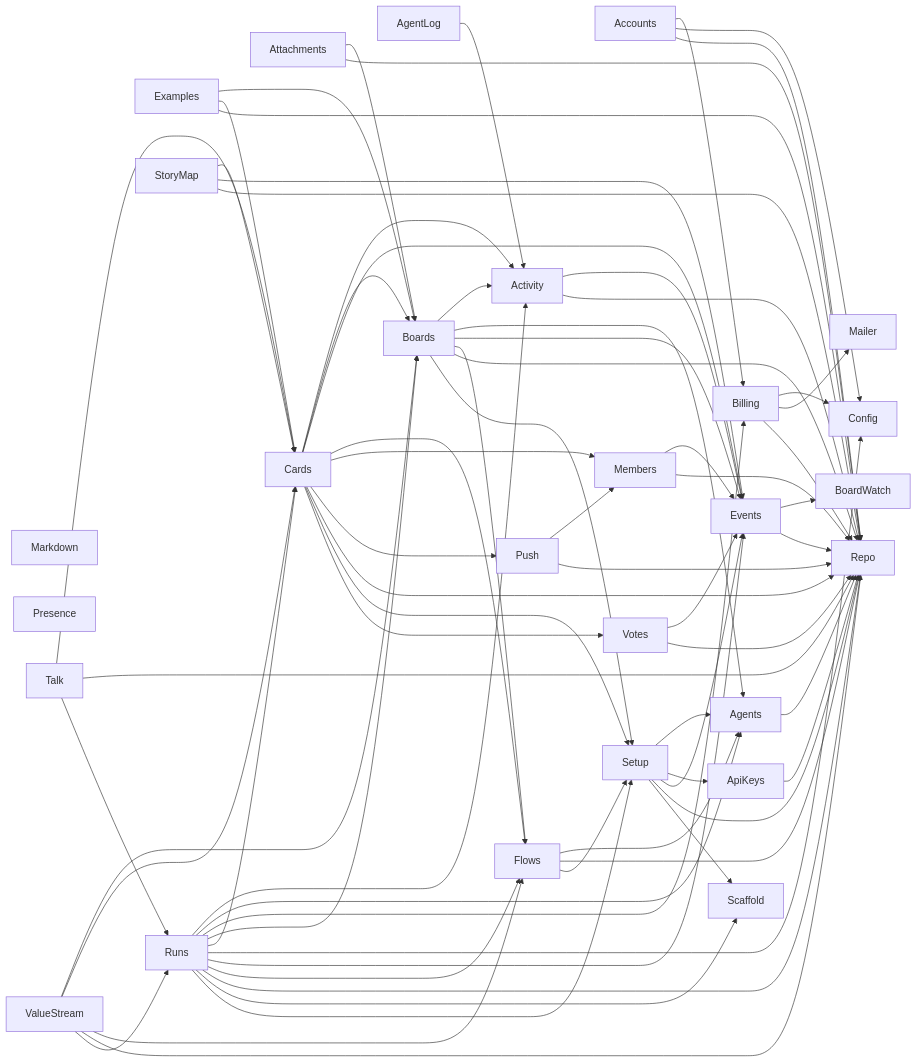
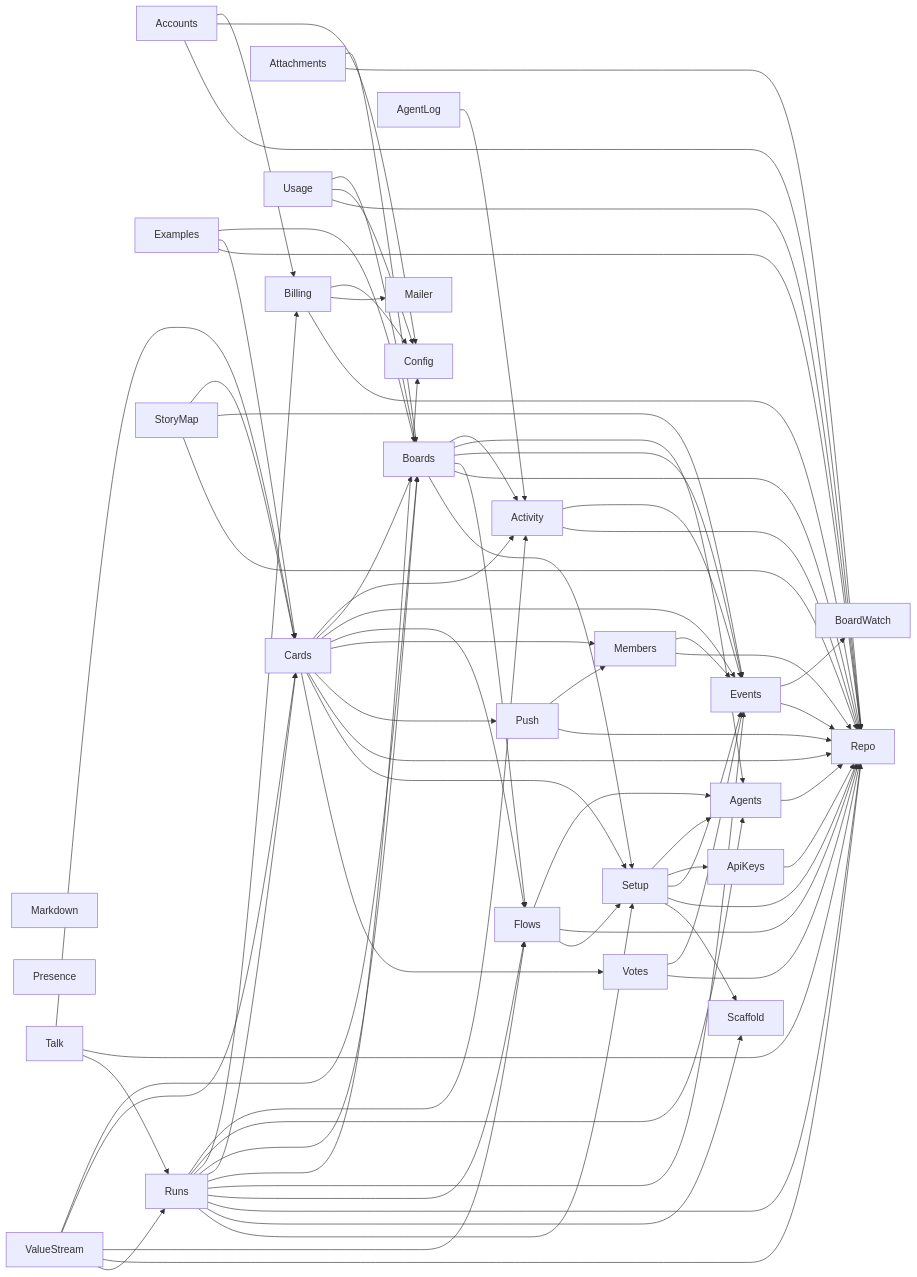
One commit to jeremylightsmith/relay changed the second of 2 diagrams in docs/architecture/deps.md. Above: the diagram before and after it, drawn with Mermaid. The commit also changed 33 other files, not shown here.

````diff
--- a/docs/architecture/deps.md
+++ b/docs/architecture/deps.md
@@ -29,74 +29,77 @@
 ```mermaid
 flowchart LR
     Markdown
     Presence
     Accounts --> Billing
     Accounts --> Config
     Accounts --> Repo
     Activity --> Events
     Activity --> Repo
     AgentLog --> Activity
     Agents --> Repo
     ApiKeys --> Repo
     Attachments --> Boards
     Attachments --> Repo
     Billing --> Config
     Billing --> Mailer
     Billing --> Repo
     Boards --> Activity
     Boards --> Agents
     Boards --> Events
     Boards --> Flows
     Boards --> Repo
     Boards --> Setup
     Cards --> Activity
     Cards --> Boards
     Cards --> Events
     Cards --> Flows
     Cards --> Members
     Cards --> Push
     Cards --> Repo
     Cards --> Setup
     Cards --> Votes
     Events --> BoardWatch
     Events --> Repo
     Examples --> Boards
     Examples --> Cards
     Examples --> Repo
     Flows --> Agents
     Flows --> Repo
     Flows --> Setup
     Members --> Events
     Members --> Repo
     Push --> Members
     Push --> Repo
     Runs --> Activity
     Runs --> Agents
     Runs --> Billing
     Runs --> Boards
     Runs --> Cards
     Runs --> Config
     Runs --> Events
     Runs --> Flows
     Runs --> Repo
     Runs --> Scaffold
     Runs --> Setup
     Setup --> Agents
     Setup --> ApiKeys
     Setup --> Events
     Setup --> Repo
     Setup --> Scaffold
     StoryMap --> Cards
     StoryMap --> Events
     StoryMap --> Repo
     Talk --> Cards
     Talk --> Repo
     Talk --> Runs
+    Usage --> Boards
+    Usage --> Config
+    Usage --> Repo
     ValueStream --> Boards
     ValueStream --> Cards
     ValueStream --> Flows
     ValueStream --> Repo
     ValueStream --> Runs
     Votes --> Events
     Votes --> Repo
 ```
````
